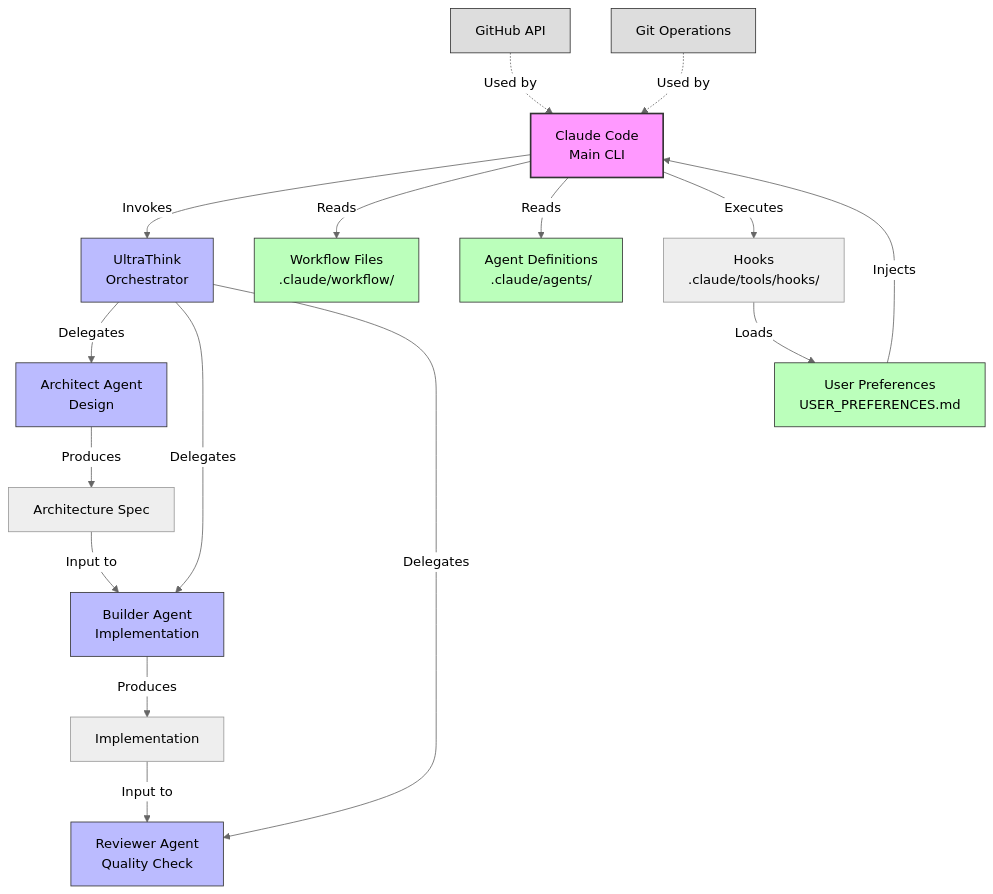
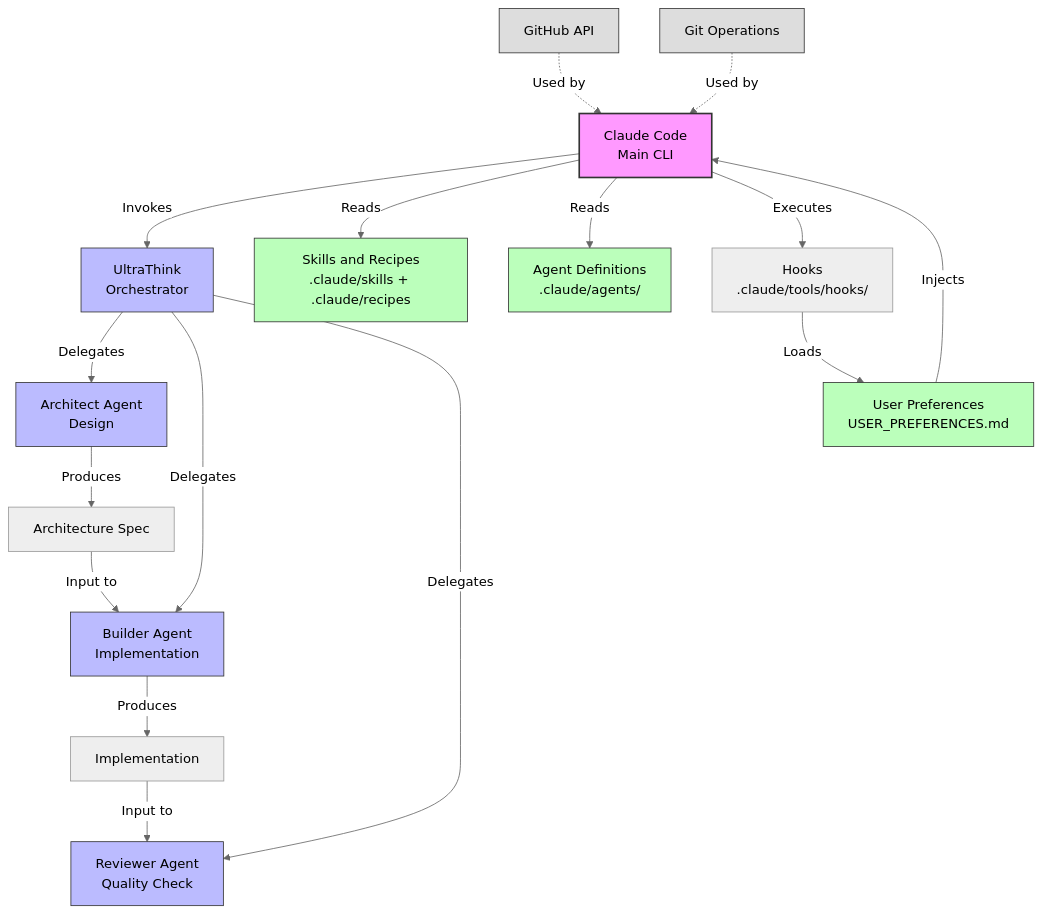
The ninth of 11 diagrams in docs/claude/templates/diagrams/COMPONENT_RELATIONSHIPS.md (rysweet/amplihack-rs), drawn with Mermaid (neutral theme) before and after one commit. The commit also changed 54 other files, not shown here.

````diff
--- a/docs/claude/templates/diagrams/COMPONENT_RELATIONSHIPS.md
+++ b/docs/claude/templates/diagrams/COMPONENT_RELATIONSHIPS.md
@@ -300,33 +300,33 @@
 ```mermaid
 graph TD
     A[Claude Code<br/>Main CLI] -->|Invokes| B[UltraThink<br/>Orchestrator]
     B -->|Delegates| C[Architect Agent<br/>Design]
     B -->|Delegates| D[Builder Agent<br/>Implementation]
     B -->|Delegates| E[Reviewer Agent<br/>Quality Check]
 
-    A -->|Reads| F[Workflow Files<br/>.claude/workflow/]
+    A -->|Reads| F[Skills and Recipes<br/>.claude/skills + .claude/recipes]
     A -->|Reads| G[Agent Definitions<br/>.claude/agents/]
     A -->|Executes| H[Hooks<br/>.claude/tools/hooks/]
 
     H -->|Loads| I[User Preferences<br/>USER_PREFERENCES.md]
     I -->|Injects| A
 
     C -->|Produces| J[Architecture Spec]
     J -->|Input to| D
     D -->|Produces| K[Implementation]
     K -->|Input to| E
 
     L[GitHub API] -.->|Used by| A
     M[Git Operations] -.->|Used by| A
 
     style A fill:#f9f,stroke:#333,stroke-width:2px
     style B fill:#bbf,stroke:#333
     style C fill:#bbf,stroke:#333
     style D fill:#bbf,stroke:#333
     style E fill:#bbf,stroke:#333
     style F fill:#bfb,stroke:#333
     style G fill:#bfb,stroke:#333
     style I fill:#bfb,stroke:#333
     style L fill:#ddd,stroke:#333
     style M fill:#ddd,stroke:#333
 ```
````
